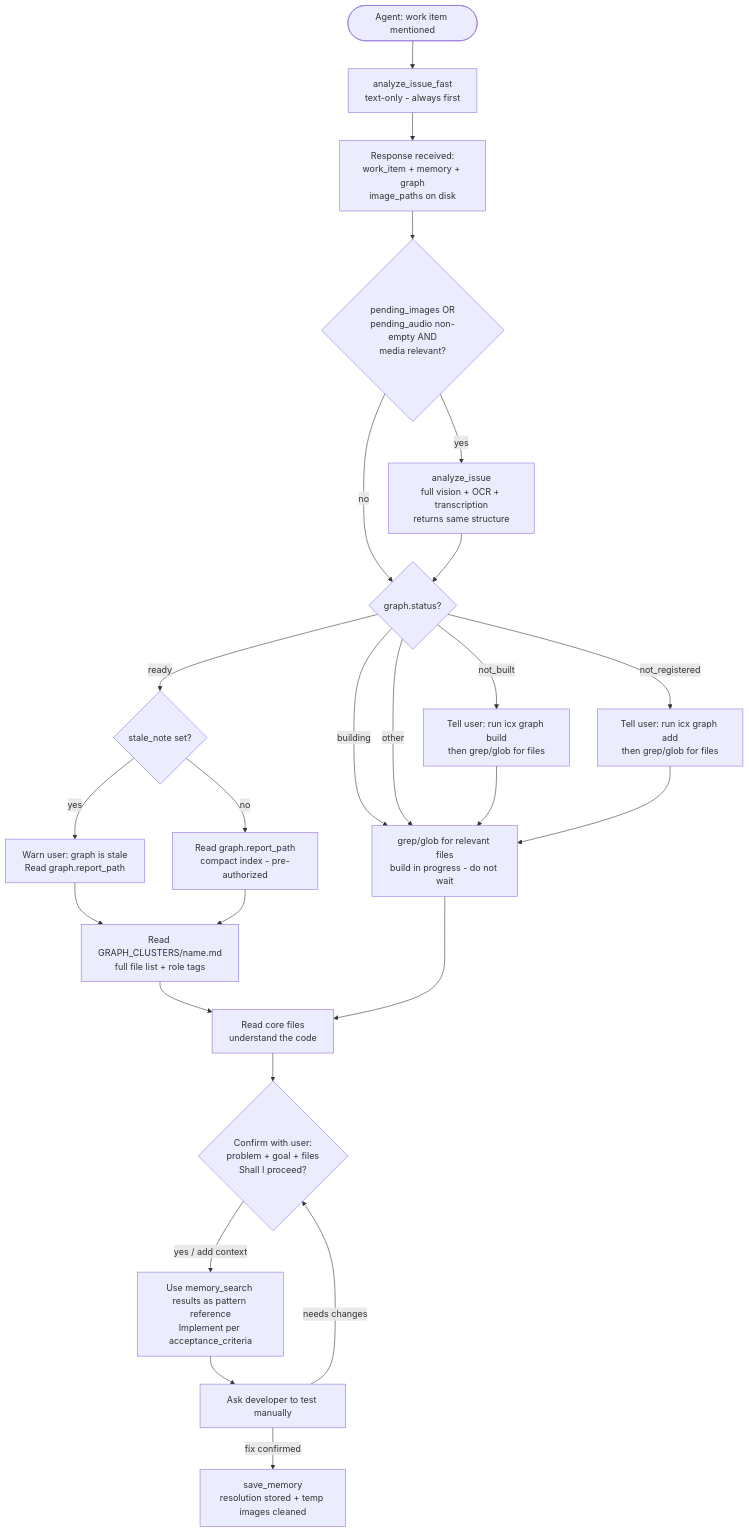
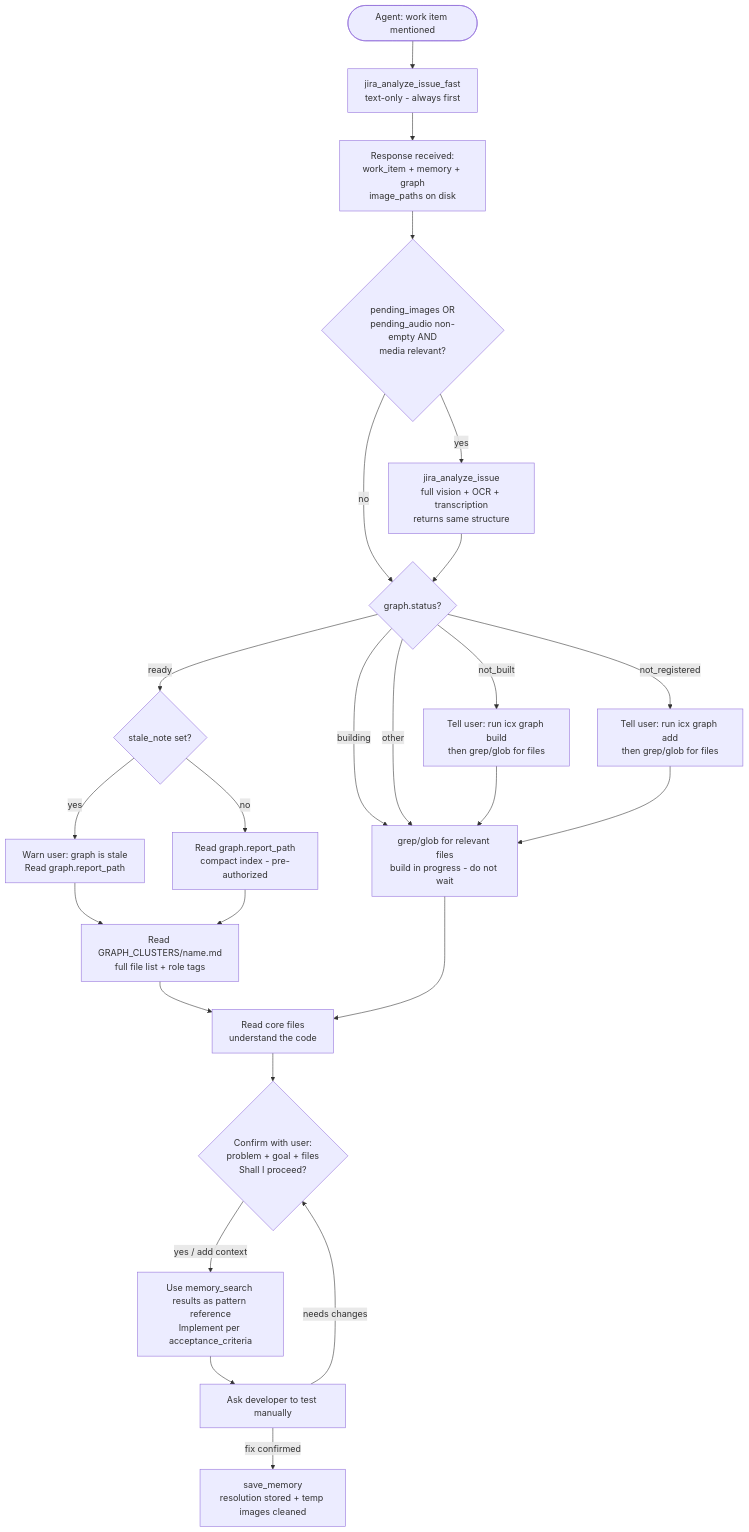
One commit to althaf-space/icx-engine changed the third of 11 diagrams in readme.md. Above: the diagram before and after it, drawn with Mermaid. The commit also changed other lines of this file and 55 other files, not shown here.

````diff
--- a/readme.md
+++ b/readme.md
@@ -85,27 +85,27 @@
 ```mermaid
 flowchart TD
-    A([Agent: work item mentioned]) --> B[analyze_issue_fast\ntext-only - always first]
+    A([Agent: work item mentioned]) --> B[jira_analyze_issue_fast\ntext-only - always first]
     B --> E[Response received:\nwork_item + memory + graph\nimage_paths on disk]
     E --> C{pending_images OR\npending_audio non-empty AND\nmedia relevant?}
-    C -- yes --> D[analyze_issue\nfull vision + OCR + transcription\nreturns same structure]
+    C -- yes --> D[jira_analyze_issue\nfull vision + OCR + transcription\nreturns same structure]
     C -- no --> F{graph.status?}
     D --> F
     F -- ready --> GS{stale_note set?}
     GS -- no --> G[Read graph.report_path\ncompact index - pre-authorized]
     GS -- yes --> GW[Warn user: graph is stale\nRead graph.report_path]
     GW --> G2
     G --> G2[Read GRAPH_CLUSTERS/name.md\nfull file list + role tags]
     G2 --> I[Read core files\nunderstand the code]
     F -- building --> H[grep/glob for relevant files\nbuild in progress - do not wait]
     F -- not_built --> HH[Tell user: run icx graph build\nthen grep/glob for files]
     F -- not_registered --> HR[Tell user: run icx graph add\nthen grep/glob for files]
     F -- other --> H
     HH --> H
     HR --> H
     H --> I
     I --> I2{Confirm with user:\nproblem + goal + files\nShall I proceed?}
     I2 -- yes / add context --> J[Use memory_search results as pattern reference\nImplement per acceptance_criteria]
     J --> K[Ask developer to test manually]
     K -- fix confirmed --> L[save_memory\nresolution stored + temp images cleaned]
     K -- needs changes --> I2
 ```
````
